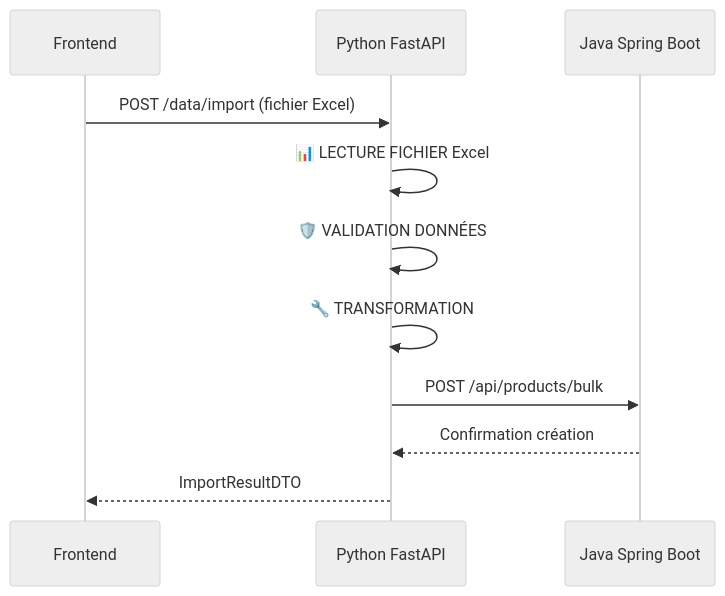
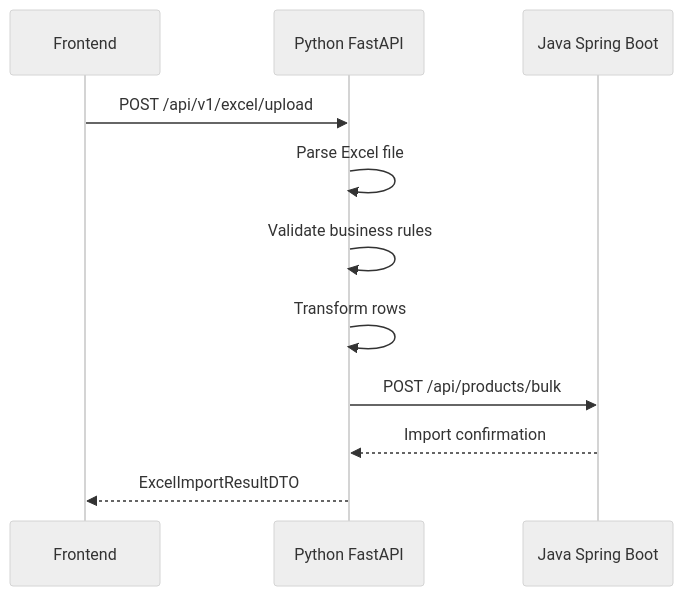
The fourth of 10 diagrams in backend-python/docs/SOFTWAREE DESIGN.md (rado4002/-SalesFlow-Lite), drawn with Mermaid (neutral theme) before and after one commit. The commit also changed other lines of this file, not shown here.

````diff
--- a/backend-python/docs/SOFTWAREE DESIGN.md
+++ b/backend-python/docs/SOFTWAREE DESIGN.md
@@ -137,14 +124,14 @@
 ```mermaid
 sequenceDiagram
     participant F as Frontend
     participant P as Python FastAPI
     participant J as Java Spring Boot
-    
-    F->>P: POST /data/import (fichier Excel)
-    P->>P: 📊 LECTURE FICHIER Excel
-    P->>P: 🛡️ VALIDATION DONNÉES
-    P->>P: 🔧 TRANSFORMATION
+
+    F->>P: POST /api/v1/excel/upload
+    P->>P: Parse Excel file
+    P->>P: Validate business rules
+    P->>P: Transform rows
     P->>J: POST /api/products/bulk
-    J-->>P: Confirmation création
-    P-->>F: ImportResultDTO
+    J-->>P: Import confirmation
+    P-->>F: ExcelImportResultDTO
 ```
````
